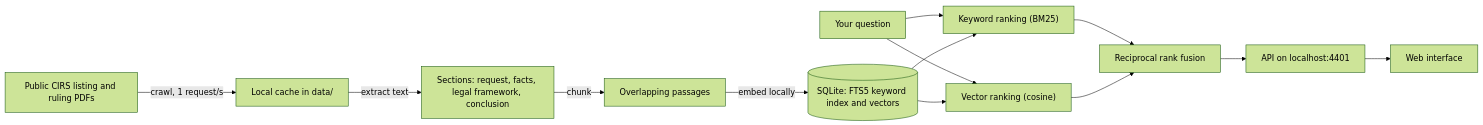
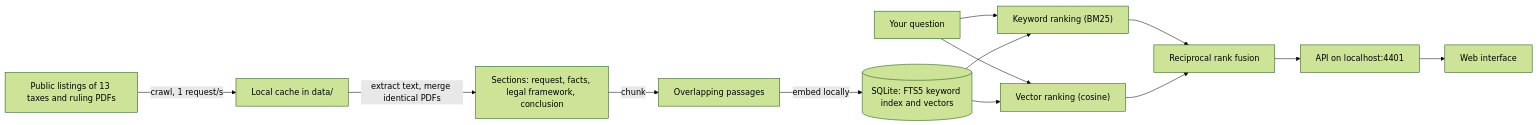
One commit to nunomarques97/lupa-fiscal changed the diagram in README.md. Above: the diagram before and after it, drawn with Mermaid (forest theme). The commit also changed other lines of this file and 83 other files, not shown here.

````diff
--- a/README.md
+++ b/README.md
@@ -124,15 +146,15 @@
 ```mermaid
 flowchart LR
-    A["Public CIRS listing and ruling PDFs"] -->|"crawl, 1 request/s"| B["Local cache in data/"]
-    B -->|"extract text"| C["Sections: request, facts, legal framework, conclusion"]
+    A["Public listings of 13 taxes and ruling PDFs"] -->|"crawl, 1 request/s"| B["Local cache in data/"]
+    B -->|"extract text, merge identical PDFs"| C["Sections: request, facts, legal framework, conclusion"]
     C -->|"chunk"| D["Overlapping passages"]
     D -->|"embed locally"| E[("SQLite: FTS5 keyword index and vectors")]
     Q["Your question"] --> K["Keyword ranking (BM25)"]
     Q --> V["Vector ranking (cosine)"]
     E --> K
     E --> V
     K --> R["Reciprocal rank fusion"]
     V --> R
     R --> API["API on localhost:4401"]
     API --> UI["Web interface"]
 ```
````
